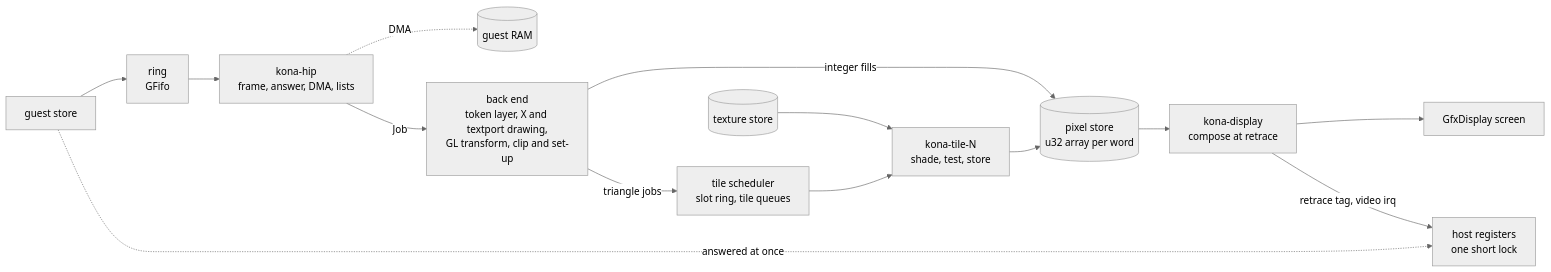
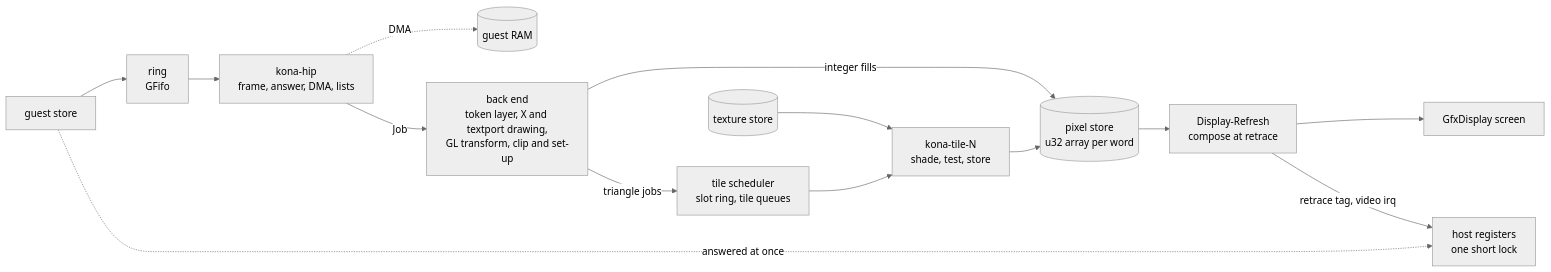
Before and after one commit to techomancer/iris: the second of 3 diagrams in docs/graphics/kona.md, drawn with Mermaid (neutral theme). The commit also changed other lines of this file and 8 other files, not shown here.

First line of the commit message:
docs: the display refresh thread

````diff
--- a/docs/graphics/kona.md
+++ b/docs/graphics/kona.md
@@ -47,16 +47,16 @@
 ```mermaid
 flowchart LR
   CPU["guest store"] --> RING["ring<br/>GFifo"]
   CPU -. "answered at once" .-> HOST["host registers<br/>one short lock"]
   RING --> HIP["kona-hip<br/>frame, answer, DMA, lists"]
   HIP -. "DMA" .-> RAM[("guest RAM")]
   HIP -- "Job" --> BE["back end<br/>token layer, X and textport drawing,<br/>GL transform, clip and set-up"]
   BE -- "integer fills" --> STORE[("pixel store<br/>u32 array per word")]
   BE -- "triangle jobs" --> TILES["tile scheduler<br/>slot ring, tile queues"]
   TILES --> WORK["kona-tile-N<br/>shade, test, store"]
   WORK --> STORE
   TEX[("texture store")] --> WORK
-  STORE --> DISP["kona-display<br/>compose at retrace"]
+  STORE --> DISP["Display-Refresh<br/>compose at retrace"]
   DISP --> SCR["GfxDisplay screen"]
   DISP -- "retrace tag, video irq" --> HOST
 ```
````
